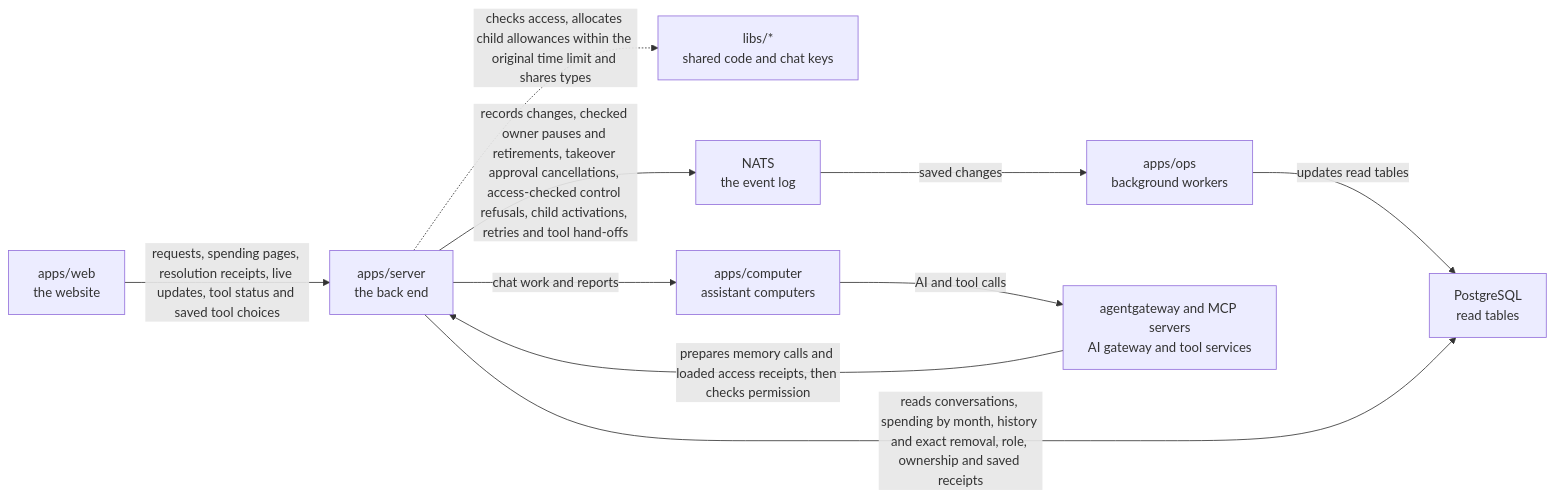
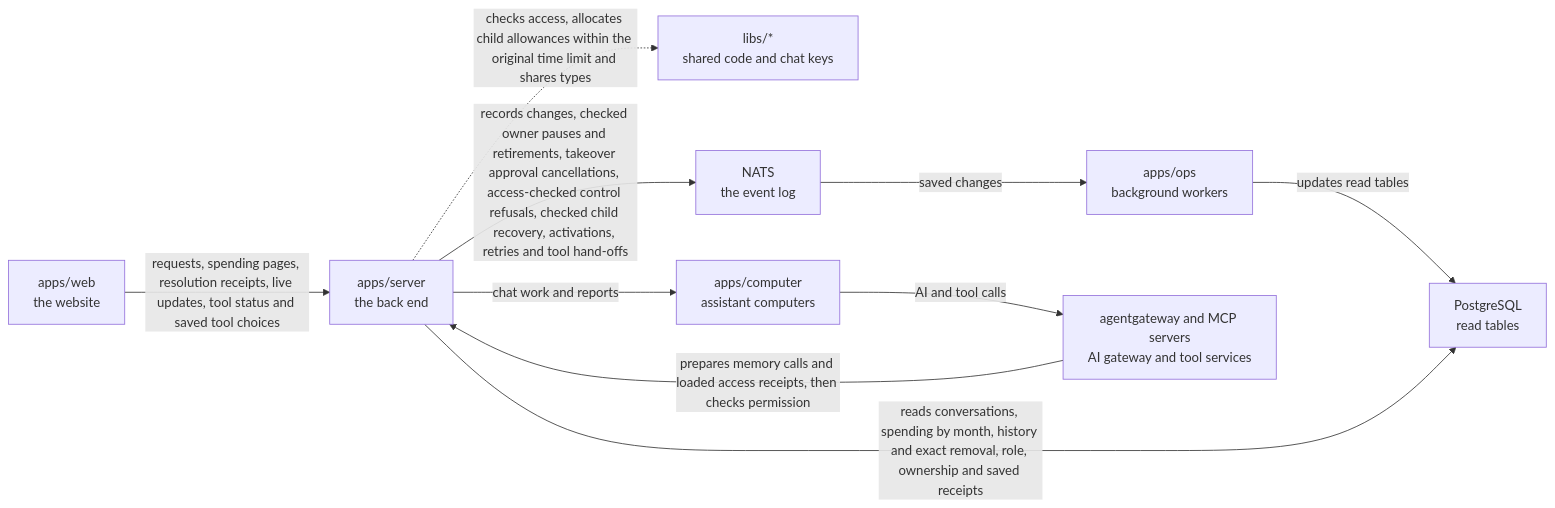
The diagram in apps/server/README.md (elewa-git/opencrane-new), drawn with Mermaid before and after one commit. The commit also changed other lines of this file and 21 other files, not shown here.

First line of the commit message:
🧒 Child chat recovery rechecks access on every retry, and a stale worker can never overwrite a started child (#654)

````diff
--- a/apps/server/README.md
+++ b/apps/server/README.md
@@ -50,12 +50,12 @@
 ```mermaid
 flowchart LR
   web["apps/web<br/>the website"] -->|requests, spending pages, resolution receipts, live updates, tool status and saved tool choices| server["apps/server<br/>the back end"]
   server -.->|checks access, allocates child allowances within the original time limit and shares types| libs["libs/*<br/>shared code and chat keys"]
-  server -->|records changes, checked owner pauses and retirements, takeover approval cancellations, access-checked control refusals, child activations, retries and tool hand-offs| nats["NATS<br/>the event log"]
+  server -->|records changes, checked owner pauses and retirements, takeover approval cancellations, access-checked control refusals, checked child recovery, activations, retries and tool hand-offs| nats["NATS<br/>the event log"]
   nats -->|saved changes| ops["apps/ops<br/>background workers"]
   ops -->|updates read tables| postgres["PostgreSQL<br/>read tables"]
   server -->|reads conversations, spending by month, history and exact removal, role, ownership and saved receipts| postgres
   server -->|chat work and reports| computer["apps/computer<br/>assistant computers"]
   computer -->|AI and tool calls| runtime["agentgateway and MCP servers<br/>AI gateway and tool services"]
   runtime -->|prepares memory calls and loaded access receipts, then checks permission| server
 ```
````
